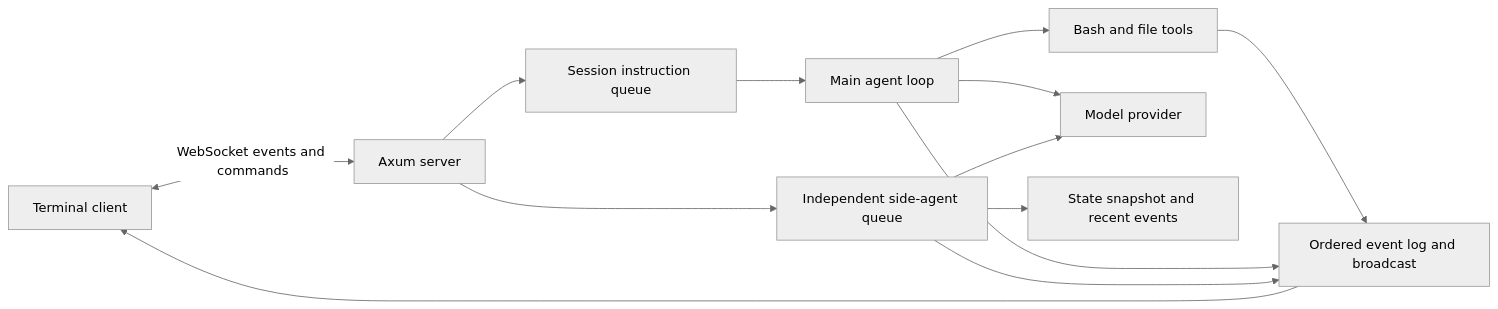
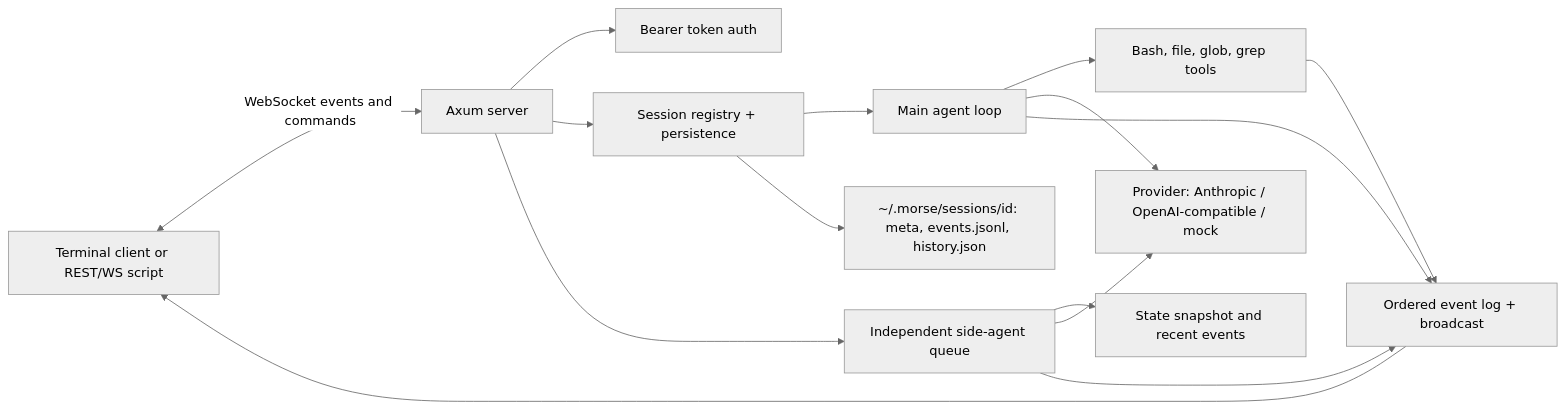
Before and after one commit to maskjelly/morse: the diagram in docs/architecture.md, drawn with Mermaid (neutral theme). The commit also changed other lines of this file and 10 other files, not shown here.

````diff
--- a/docs/architecture.md
+++ b/docs/architecture.md
@@ -5,15 +5,17 @@
 ```mermaid
 flowchart LR
-    C[Terminal client] <-->|WebSocket events and commands| S[Axum server]
-    S --> Q[Session instruction queue]
+    C[Terminal client or REST/WS script] <-->|WebSocket events and commands| S[Axum server]
+    S --> A[Bearer token auth]
+    S --> Q[Session registry + persistence]
     Q --> M[Main agent loop]
-    M --> T[Bash and file tools]
-    M --> P[Model provider]
-    T --> E[Ordered event log and broadcast]
+    M --> T[Bash, file, glob, grep tools]
+    M --> P[Provider: Anthropic / OpenAI-compatible / mock]
+    T --> E[Ordered event log + broadcast]
     M --> E
     E --> C
-    S --> A[Independent side-agent queue]
-    A --> R[State snapshot and recent events]
-    A --> P
-    A --> E
+    S --> SA[Independent side-agent queue]
+    SA --> R[State snapshot and recent events]
+    SA --> P
+    SA --> E
+    Q --> D[~/.morse/sessions/id: meta, events.jsonl, history.json]
 ```
````
